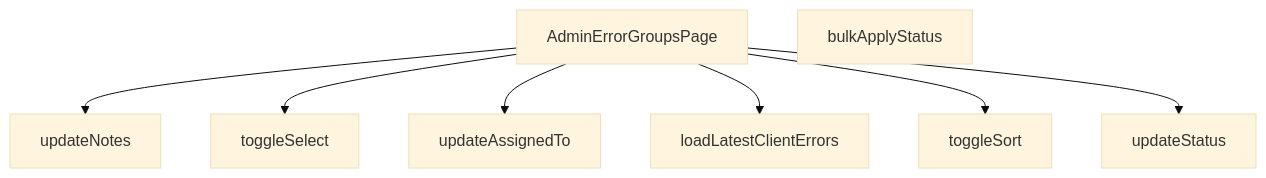
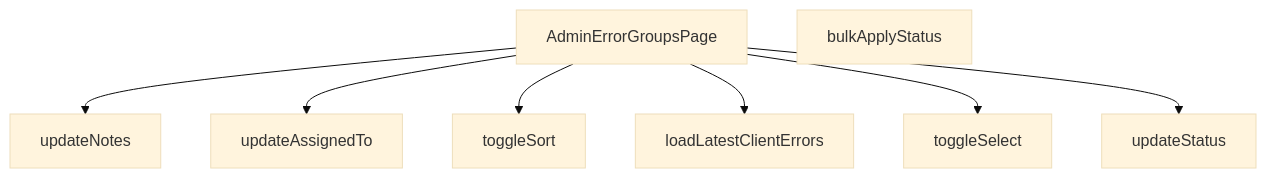
The diagram in src/views/admin/AdminErrorGroupsPage.md (peckop/venthub-hvac-esite), drawn with Mermaid (base theme) before and after one commit. The commit also changed other lines of this file and 33 other files, not shown here.

````diff
--- a/src/views/admin/AdminErrorGroupsPage.md
+++ b/src/views/admin/AdminErrorGroupsPage.md
@@ -220,17 +220,17 @@
 ```mermaid
 graph TD
     AdminErrorGroupsPage_tsx__AdminErrorGroupsPage["AdminErrorGroupsPage"]
     AdminErrorGroupsPage_tsx__bulkApplyStatus["bulkApplyStatus"]
     AdminErrorGroupsPage_tsx__loadLatestClientErrors["loadLatestClientErrors"]
     AdminErrorGroupsPage_tsx__toggleSelect["toggleSelect"]
     AdminErrorGroupsPage_tsx__toggleSort["toggleSort"]
     AdminErrorGroupsPage_tsx__updateAssignedTo["updateAssignedTo"]
     AdminErrorGroupsPage_tsx__updateNotes["updateNotes"]
     AdminErrorGroupsPage_tsx__updateStatus["updateStatus"]
     AdminErrorGroupsPage_tsx__AdminErrorGroupsPage --> AdminErrorGroupsPage_tsx__updateNotes
+    AdminErrorGroupsPage_tsx__AdminErrorGroupsPage --> AdminErrorGroupsPage_tsx__updateAssignedTo
+    AdminErrorGroupsPage_tsx__AdminErrorGroupsPage --> AdminErrorGroupsPage_tsx__toggleSort
+    AdminErrorGroupsPage_tsx__AdminErrorGroupsPage --> AdminErrorGroupsPage_tsx__loadLatestClientErrors
     AdminErrorGroupsPage_tsx__AdminErrorGroupsPage --> AdminErrorGroupsPage_tsx__toggleSelect
-    AdminErrorGroupsPage_tsx__AdminErrorGroupsPage --> AdminErrorGroupsPage_tsx__updateAssignedTo
-    AdminErrorGroupsPage_tsx__AdminErrorGroupsPage --> AdminErrorGroupsPage_tsx__loadLatestClientErrors
-    AdminErrorGroupsPage_tsx__AdminErrorGroupsPage --> AdminErrorGroupsPage_tsx__toggleSort
     AdminErrorGroupsPage_tsx__AdminErrorGroupsPage --> AdminErrorGroupsPage_tsx__updateStatus
 ```
````
